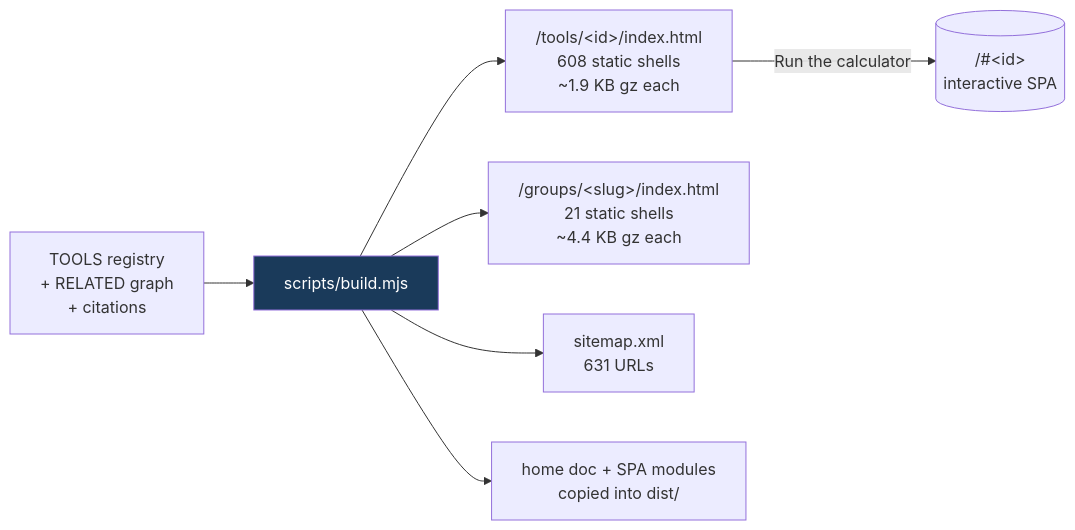
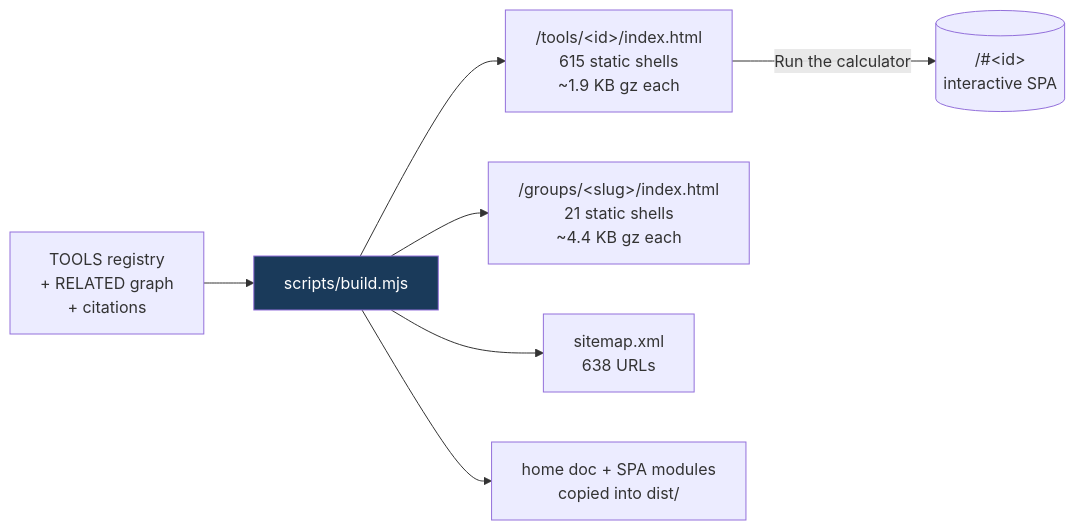
One commit to clay-good/roughlogic.com changed the fifth of 8 diagrams in README.md. Above: the diagram before and after it, drawn with Mermaid. The commit also changed other lines of this file and 22 other files, not shown here.

````diff
--- a/README.md
+++ b/README.md
@@ -450,10 +450,10 @@
 ```mermaid
 flowchart LR
     SRC[TOOLS registry\n+ RELATED graph\n+ citations] --> BUILD[scripts/build.mjs]
-    BUILD --> TILE["/tools/&lt;id&gt;/index.html\n608 static shells\n~1.9 KB gz each"]
+    BUILD --> TILE["/tools/&lt;id&gt;/index.html\n615 static shells\n~1.9 KB gz each"]
     BUILD --> GROUP["/groups/&lt;slug&gt;/index.html\n21 static shells\n~4.4 KB gz each"]
-    BUILD --> MAP["sitemap.xml\n631 URLs"]
+    BUILD --> MAP["sitemap.xml\n638 URLs"]
     BUILD --> COPY[home doc + SPA modules\ncopied into dist/]
     TILE -->|Run the calculator| SPA[("/#&lt;id&gt;\ninteractive SPA")]
     style BUILD fill:#1a3a5a,color:#fff
 ```
````
